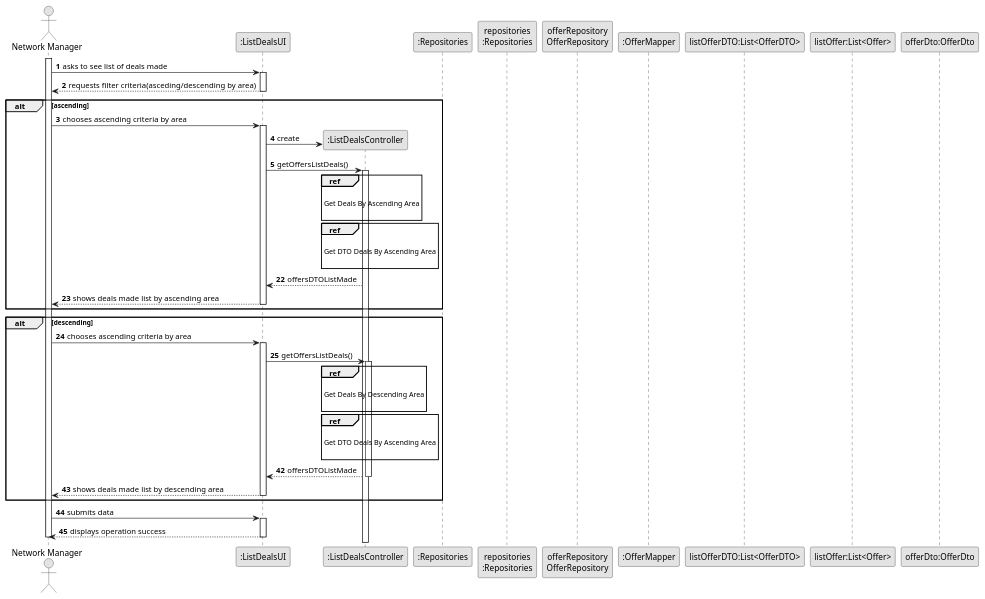
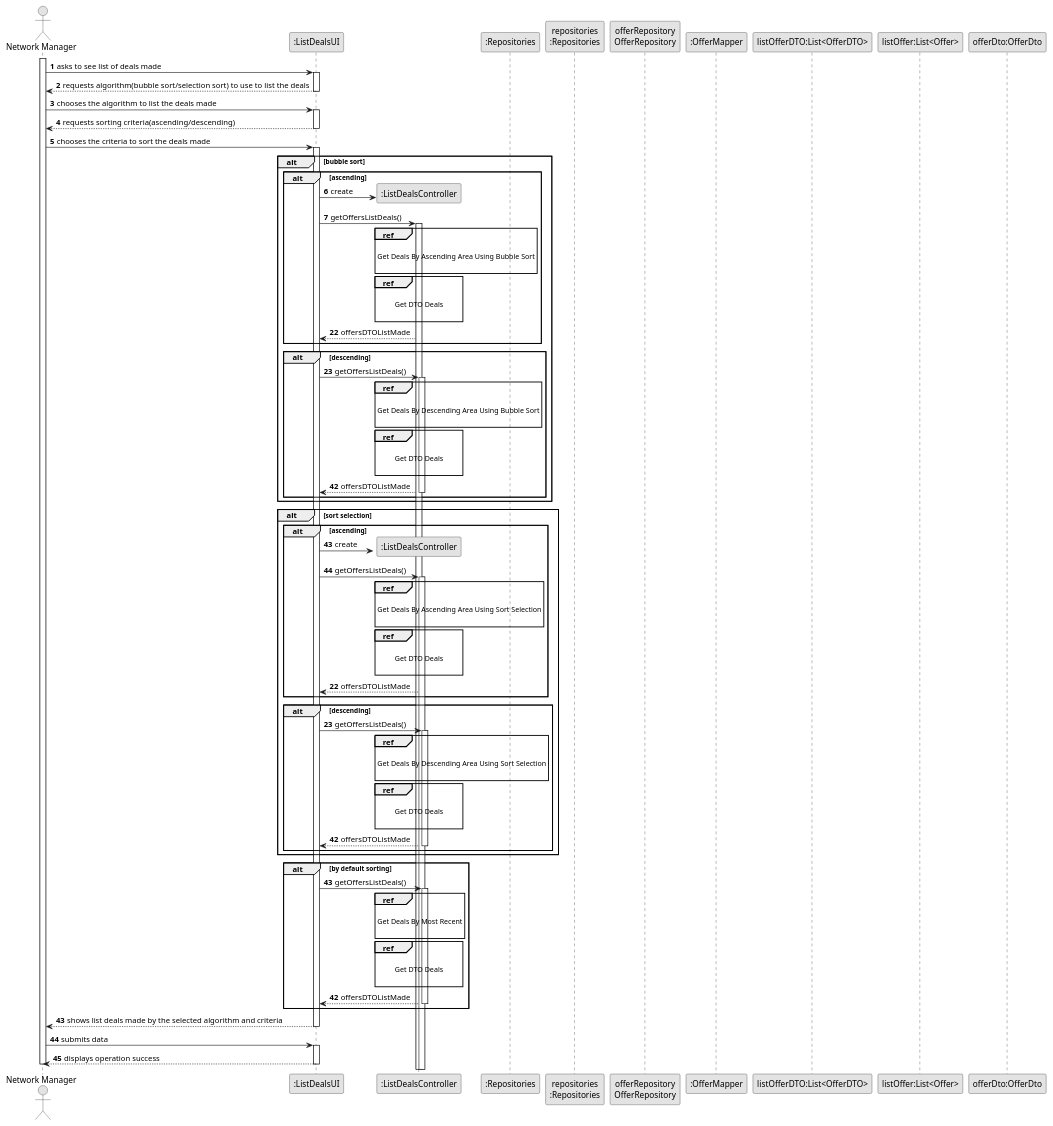
The diagram in docs/sprintD/US017/03.design/puml/u17-sequence-diagram-split.puml (PureNimble/ISEP-LAPR2), drawn with PlantUML before and after one commit. The commit also changed 30 other files, not shown here.

First line of the commit message:
US17-changing the SSD and SD and adding the spli diagrams that were missing and the respective svg of the partial diagrams and adding questions that were missing on Readme.md located on Requirements Engineering

```diff
--- a/docs/sprintD/US017/03.design/puml/u17-sequence-diagram-split.puml
+++ b/docs/sprintD/US017/03.design/puml/u17-sequence-diagram-split.puml
@@ -1,97 +1,198 @@
 @startuml
 skinparam monochrome true
 skinparam packageStyle rectangle
 skinparam shadowing false
 
 autonumber
 
 'hide footbox
 actor "Network Manager" as NetworkManager
 participant ":ListDealsUI" as ListDealsUI
 participant ":ListDealsController" as ListDealsController
 participant ":Repositories" as RepositorySingleton
 participant "repositories\n:Repositories" as PLAT
 participant "offerRepository\nOfferRepository" as OfferRepository
 participant ":OfferMapper" as OfferMapper
 participant "listOfferDTO:List<OfferDTO>" as ListOfferDto
 participant "listOffer:List<Offer>" as ListOffer
 participant "offerDto:OfferDto" as OfferDto
 
 activate NetworkManager
 
         NetworkManager -> ListDealsUI : asks to see list of deals made
-        activate ListDealsUI
+                activate ListDealsUI
 
-        ListDealsUI --> NetworkManager: requests filter criteria(asceding/descending by area)
-        deactivate ListDealsUI
+                ListDealsUI --> NetworkManager: requests algorithm(bubble sort/selection sort) to use to list the deals
+                deactivate ListDealsUI
 
+                 NetworkManager -> ListDealsUI : chooses the algorithm to list the deals made
+                        activate ListDealsUI
+
+                        ListDealsUI --> NetworkManager: requests sorting criteria(ascending/descending)
+                        deactivate ListDealsUI
+
+             NetworkManager -> ListDealsUI : chooses the criteria to sort the deals made
+                        activate ListDealsUI
+alt bubble sort
 alt ascending
- NetworkManager -> ListDealsUI : chooses ascending criteria by area
- activate ListDealsUI
 
-'            UI --> ADM : requests data (reference, description,  informal \n description, technical description, duration, cost)
-            'create CTRL
+
             ListDealsUI -> ListDealsController** : create
 
             ListDealsUI -> ListDealsController : getOffersListDeals()
             activate ListDealsController
 
 ref over ListDealsController
 
-            Get Deals By Ascending Area
+            Get Deals By Ascending Area Using Bubble Sort
 
 end ref
 
 ref over ListDealsController
 
-            Get DTO Deals By Ascending Area
+            Get DTO Deals
 
 end ref
 
 autonumber 22
 
 ListDealsController --> ListDealsUI: offersDTOListMade
 
-            ListDealsUI --> NetworkManager : shows deals made list by ascending area
-        deactivate ListDealsUI
+
+
 end
 
 alt descending
- NetworkManager -> ListDealsUI : chooses ascending criteria by area
- activate ListDealsUI
+
+
+'
+
+            ListDealsUI -> ListDealsController : getOffersListDeals()
+            activate ListDealsController
+
+
+ref over ListDealsController
+
+            Get Deals By Descending Area Using Bubble Sort
+
+end ref
+
+ref over ListDealsController
+
+            Get DTO Deals
+
+end ref
+
+autonumber 42
+                ListDealsController --> ListDealsUI : offersDTOListMade
+            deactivate ListDealsController
+
+
+  end
+end
+
+
+
+alt sort selection
+
+alt ascending
+
+
+
+            ListDealsUI -> ListDealsController** : create
+
+            ListDealsUI -> ListDealsController : getOffersListDeals()
+            activate ListDealsController
+
+ref over ListDealsController
+
+            Get Deals By Ascending Area Using Sort Selection
+
+end ref
+
+ref over ListDealsController
+
+            Get DTO Deals
+
+end ref
+
+autonumber 22
+
+ListDealsController --> ListDealsUI: offersDTOListMade
+
+
+end
+
+alt descending
+
+
+'
+
+            ListDealsUI -> ListDealsController : getOffersListDeals()
+            activate ListDealsController
+
+
+ref over ListDealsController
+
+            Get Deals By Descending Area Using Sort Selection
+
+end ref
+
+ref over ListDealsController
+
+            Get DTO Deals
+
+end ref
+
+autonumber 42
+                ListDealsController --> ListDealsUI : offersDTOListMade
+            deactivate ListDealsController
+
+
+end
+end
+
+
+alt by default sorting
+
 
 '            UI --> ADM : requests data (reference, description,  informal \n description, technical description, duration, cost)
             'create CTRL
 
             ListDealsUI -> ListDealsController : getOffersListDeals()
             activate ListDealsController
 
 
 ref over ListDealsController
 
-            Get Deals By Descending Area
+            Get Deals By Most Recent
 
 end ref
 
 ref over ListDealsController
 
-            Get DTO Deals By Ascending Area
+            Get DTO Deals
 
 end ref
 
 autonumber 42
                 ListDealsController --> ListDealsUI : offersDTOListMade
             deactivate ListDealsController
 
-            ListDealsUI --> NetworkManager : shows deals made list by descending area
+
+end
+
+
+
+
+ ListDealsUI --> NetworkManager : shows list deals made by the selected algorithm and criteria
         deactivate ListDealsUI
-end
     NetworkManager -> ListDealsUI : submits data
     activate ListDealsUI
 
             ListDealsUI --> NetworkManager: displays operation success
     deactivate ListDealsUI
 
 deactivate NetworkManager
 
 @enduml
```
